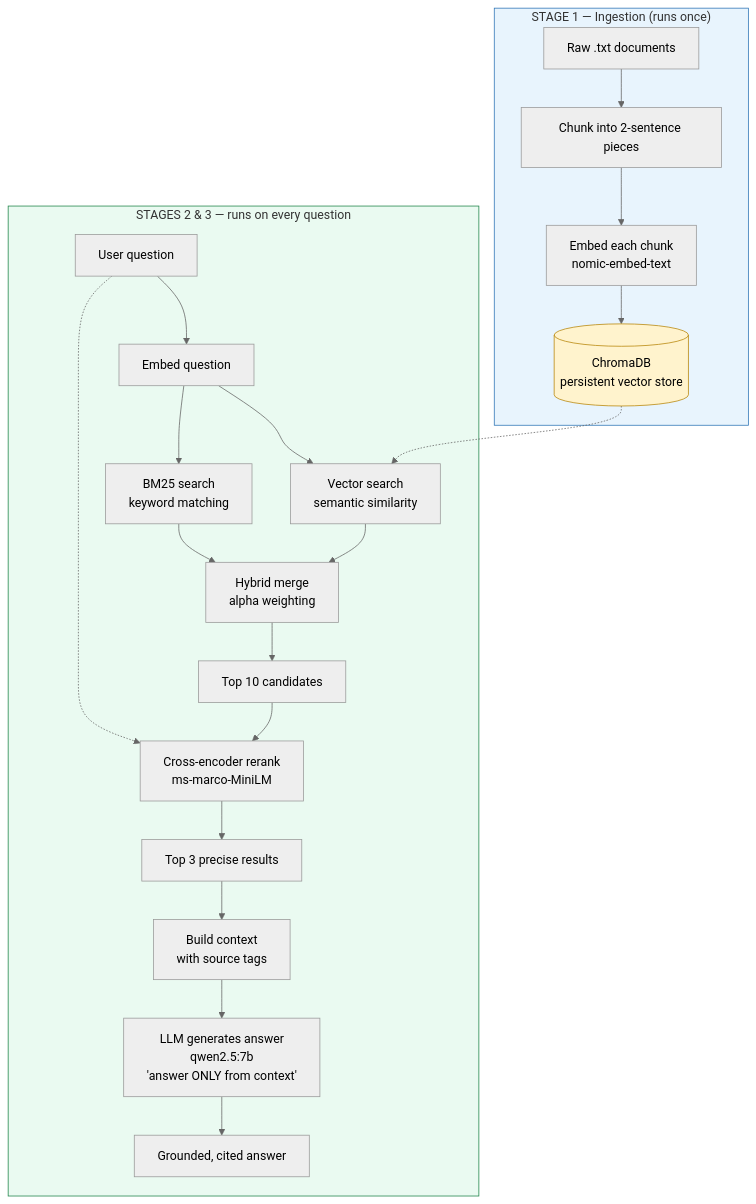
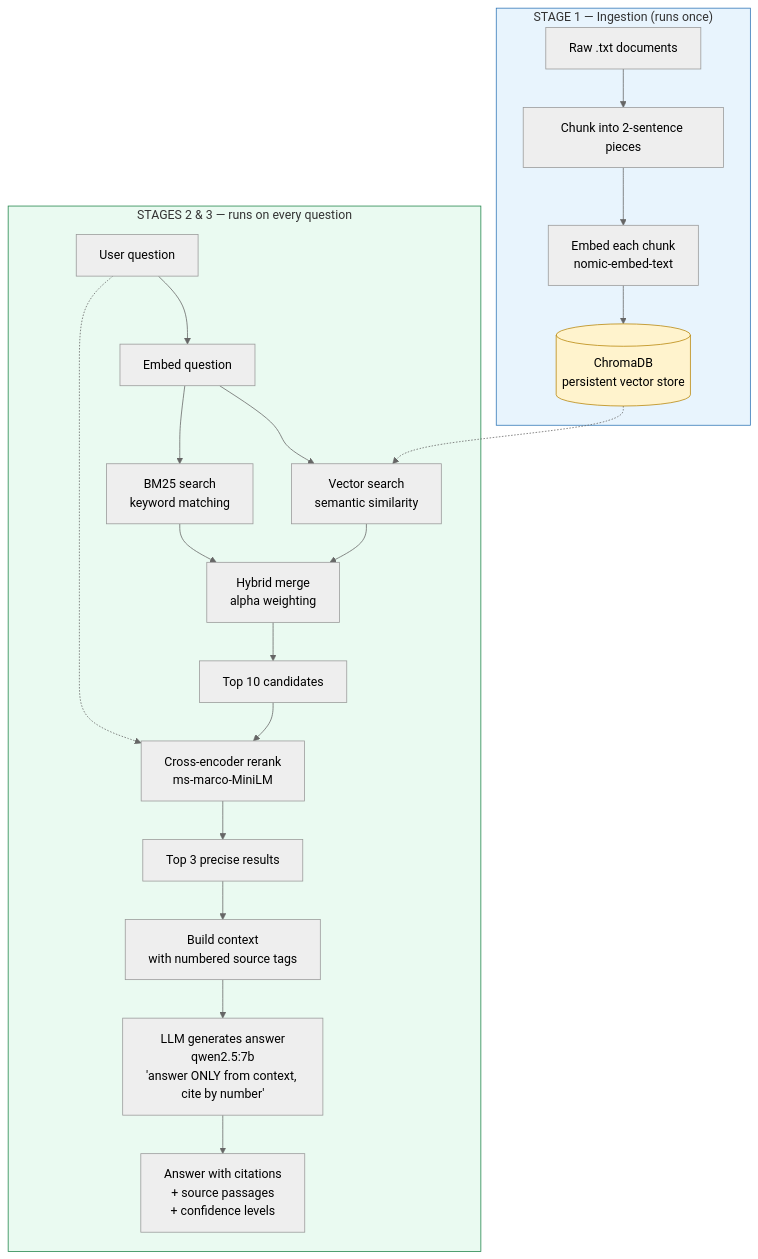
Before and after one commit to pratikb0501/RAG-Pipeline: the diagram in README.md, drawn with Mermaid (neutral theme). The commit also changed other lines of this file, not shown here.

Commit message:
Add numbered citations with source passages and confidence levels

````diff
--- a/README.md
+++ b/README.md
@@ -26,28 +33,28 @@
 ```mermaid
 flowchart TD
     subgraph INGEST["STAGE 1 — Ingestion (runs once)"]
         A[Raw .txt documents] --> B[Chunk into 2-sentence pieces]
         B --> C[Embed each chunk<br/>nomic-embed-text]
         C --> D[(ChromaDB<br/>persistent vector store)]
     end
 
     subgraph QUERY["STAGES 2 & 3 — runs on every question"]
         E[User question] --> F[Embed question]
         F --> G1[Vector search<br/>semantic similarity]
         F --> G2[BM25 search<br/>keyword matching]
         D -.-> G1
         G1 --> H[Hybrid merge<br/>alpha weighting]
         G2 --> H
         H --> I[Top 10 candidates]
         I --> J[Cross-encoder rerank<br/>ms-marco-MiniLM]
         E -.-> J
         J --> K[Top 3 precise results]
-        K --> L[Build context<br/>with source tags]
-        L --> M[LLM generates answer<br/>qwen2.5:7b<br/>'answer ONLY from context']
-        M --> N[Grounded, cited answer]
+        K --> L[Build context<br/>with numbered source tags]
+        L --> M[LLM generates answer<br/>qwen2.5:7b<br/>'answer ONLY from context, cite by number']
+        M --> N[Answer with citations<br/>+ source passages<br/>+ confidence levels]
     end
 
     style INGEST fill:#e8f4fd,stroke:#2e75b6
     style QUERY fill:#eafaf1,stroke:#1e8449
     style D fill:#fff3cd,stroke:#b8860b
 ```
````
